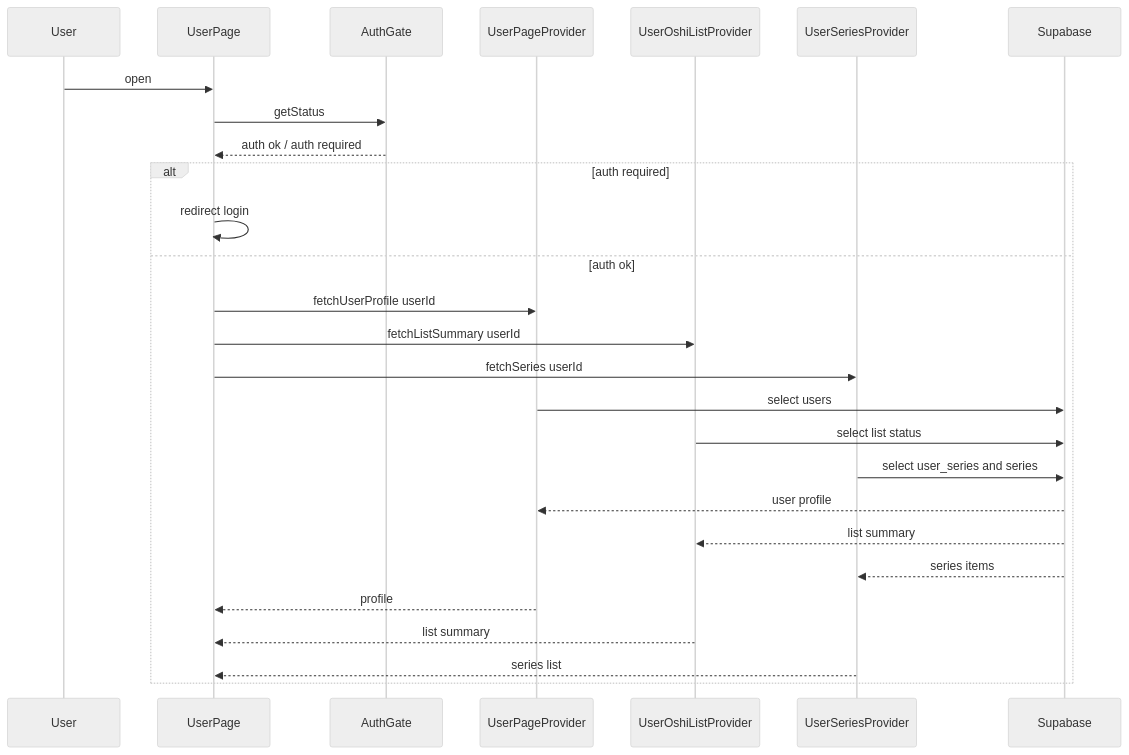
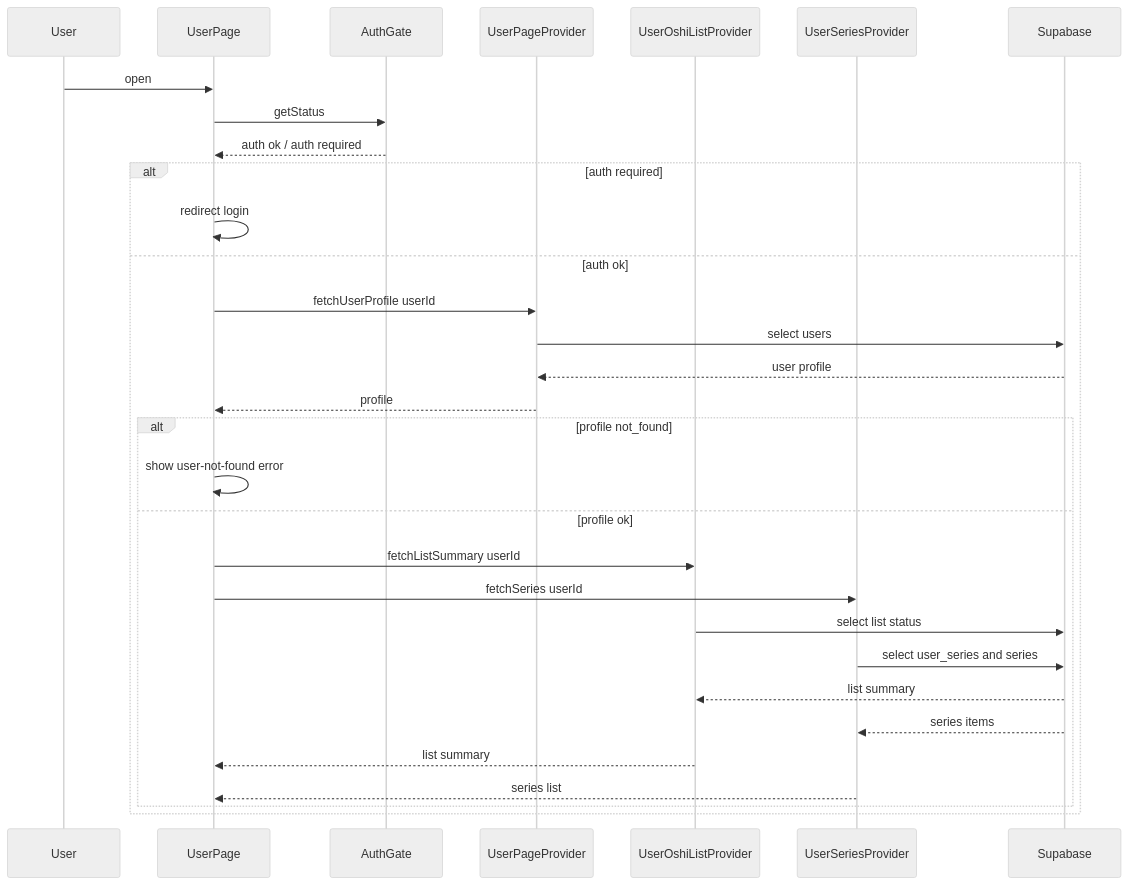
Before and after one commit to arinko39140/mangadouga: the second of 4 diagrams in .kiro/specs/user-page-info-links/design.md, drawn with Mermaid (neutral theme). The commit also changed other lines of this file, not shown here.

Commit message:
Clarify user-not-found gating in user page design

````diff
--- a/.kiro/specs/user-page-info-links/design.md
+++ b/.kiro/specs/user-page-info-links/design.md
@@ -117,29 +117,33 @@
 ```mermaid
 sequenceDiagram
   participant User
   participant UserPage
   participant AuthGate
   participant UserPageProvider
   participant UserOshiListProvider
   participant UserSeriesProvider
   participant Supabase
   User ->> UserPage: open
   UserPage ->> AuthGate: getStatus
   AuthGate -->> UserPage: auth ok / auth required
   alt auth required
     UserPage ->> UserPage: redirect login
   else auth ok
     UserPage ->> UserPageProvider: fetchUserProfile userId
-    UserPage ->> UserOshiListProvider: fetchListSummary userId
-    UserPage ->> UserSeriesProvider: fetchSeries userId
     UserPageProvider ->> Supabase: select users
-    UserOshiListProvider ->> Supabase: select list status
-    UserSeriesProvider ->> Supabase: select user_series and series
     Supabase -->> UserPageProvider: user profile
-    Supabase -->> UserOshiListProvider: list summary
-    Supabase -->> UserSeriesProvider: series items
     UserPageProvider -->> UserPage: profile
-    UserOshiListProvider -->> UserPage: list summary
-    UserSeriesProvider -->> UserPage: series list
+    alt profile not_found
+      UserPage ->> UserPage: show user-not-found error
+    else profile ok
+      UserPage ->> UserOshiListProvider: fetchListSummary userId
+      UserPage ->> UserSeriesProvider: fetchSeries userId
+      UserOshiListProvider ->> Supabase: select list status
+      UserSeriesProvider ->> Supabase: select user_series and series
+      Supabase -->> UserOshiListProvider: list summary
+      Supabase -->> UserSeriesProvider: series items
+      UserOshiListProvider -->> UserPage: list summary
+      UserSeriesProvider -->> UserPage: series list
+    end
   end
 ```
````
